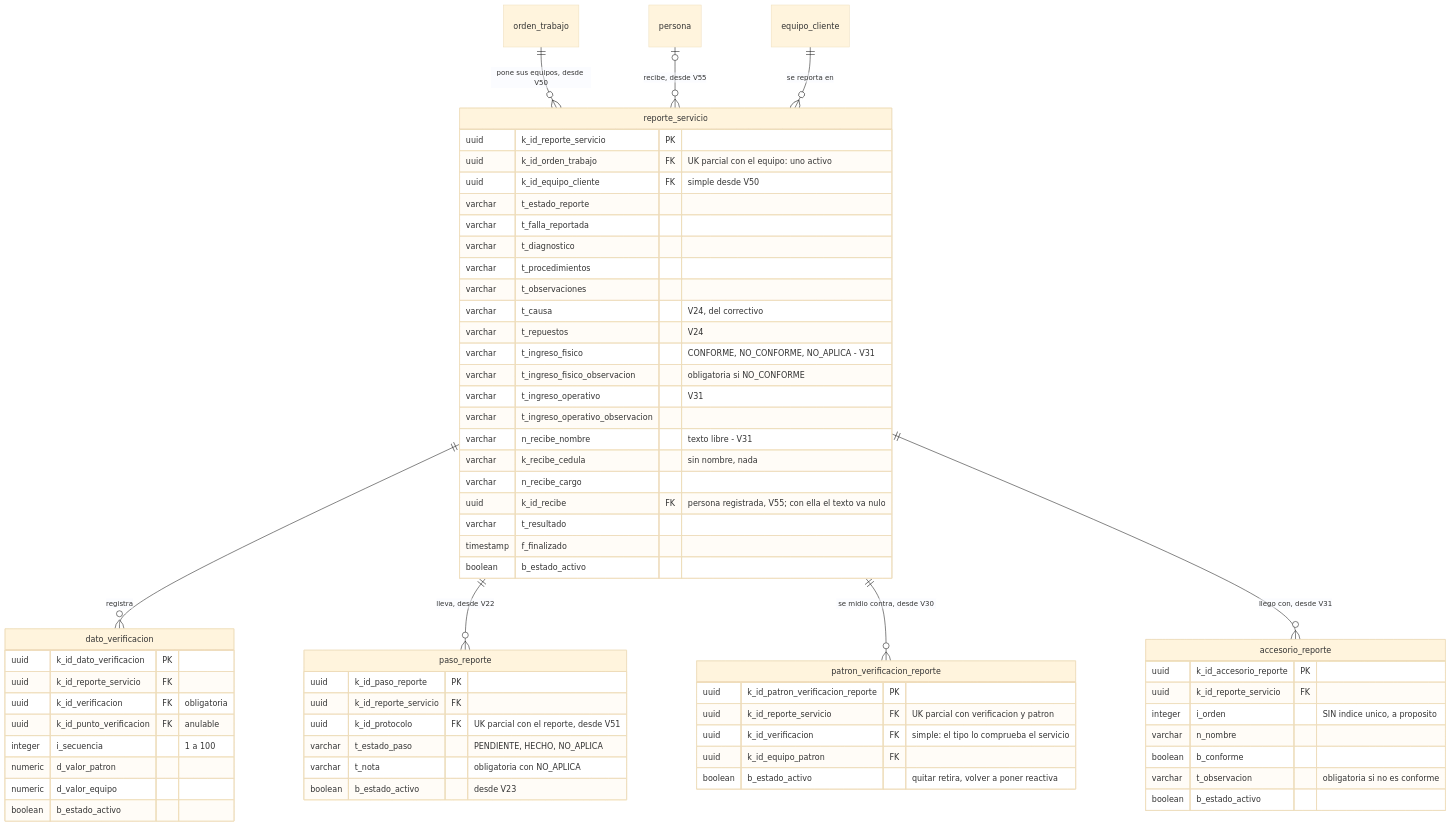
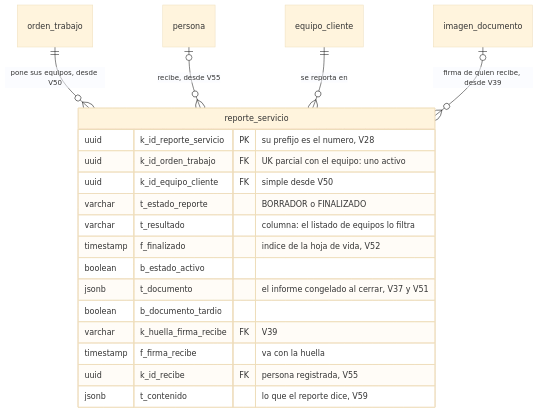
Diagram 12 of 12 in SecondBrain/wiki/base-de-datos/esquema-bd-malphasos.md (SeanBol222/MalphasOs), drawn with Mermaid (base theme) before and after one commit. The commit also changed other lines of this file and 5 other files, not shown here.

````diff
--- a/SecondBrain/wiki/base-de-datos/esquema-bd-malphasos.md
+++ b/SecondBrain/wiki/base-de-datos/esquema-bd-malphasos.md
@@ -765,67 +765,22 @@
 ```mermaid
 erDiagram
     orden_trabajo ||--o{ reporte_servicio : "pone sus equipos, desde V50"
     persona |o--o{ reporte_servicio : "recibe, desde V55"
     equipo_cliente ||--o{ reporte_servicio : "se reporta en"
-    reporte_servicio ||--o{ dato_verificacion : "registra"
-    reporte_servicio ||--o{ paso_reporte : "lleva, desde V22"
-    reporte_servicio ||--o{ patron_verificacion_reporte : "se midio contra, desde V30"
-    reporte_servicio ||--o{ accesorio_reporte : "llego con, desde V31"
-    patron_verificacion_reporte {
-        uuid k_id_patron_verificacion_reporte PK
-        uuid k_id_reporte_servicio FK "UK parcial con verificacion y patron"
-        uuid k_id_verificacion FK "simple: el tipo lo comprueba el servicio"
-        uuid k_id_equipo_patron FK
-        boolean b_estado_activo "quitar retira, volver a poner reactiva"
-    }
-    accesorio_reporte {
-        uuid k_id_accesorio_reporte PK
-        uuid k_id_reporte_servicio FK
-        integer i_orden "SIN indice unico, a proposito"
-        varchar n_nombre
-        boolean b_conforme
-        varchar t_observacion "obligatoria si no es conforme"
-        boolean b_estado_activo
-    }
-    paso_reporte {
-        uuid k_id_paso_reporte PK
-        uuid k_id_reporte_servicio FK
-        uuid k_id_protocolo FK "UK parcial con el reporte, desde V51"
-        varchar t_estado_paso "PENDIENTE, HECHO, NO_APLICA"
-        varchar t_nota "obligatoria con NO_APLICA"
-        boolean b_estado_activo "desde V23"
-    }
+    imagen_documento |o--o{ reporte_servicio : "firma de quien recibe, desde V39"
     reporte_servicio {
-        uuid k_id_reporte_servicio PK
+        uuid k_id_reporte_servicio PK "su prefijo es el numero, V28"
         uuid k_id_orden_trabajo FK "UK parcial con el equipo: uno activo"
         uuid k_id_equipo_cliente FK "simple desde V50"
-        varchar t_estado_reporte
-        varchar t_falla_reportada
-        varchar t_diagnostico
-        varchar t_procedimientos
-        varchar t_observaciones
-        varchar t_causa "V24, del correctivo"
-        varchar t_repuestos "V24"
-        varchar t_ingreso_fisico "CONFORME, NO_CONFORME, NO_APLICA - V31"
-        varchar t_ingreso_fisico_observacion "obligatoria si NO_CONFORME"
-        varchar t_ingreso_operativo "V31"
-        varchar t_ingreso_operativo_observacion
-        varchar n_recibe_nombre "texto libre - V31"
-        varchar k_recibe_cedula "sin nombre, nada"
-        varchar n_recibe_cargo
-        uuid k_id_recibe FK "persona registrada, V55; con ella el texto va nulo"
-        varchar t_resultado
-        timestamp f_finalizado
+        varchar t_estado_reporte "BORRADOR o FINALIZADO"
+        varchar t_resultado "columna: el listado de equipos lo filtra"
+        timestamp f_finalizado "indice de la hoja de vida, V52"
         boolean b_estado_activo
-    }
-    dato_verificacion {
-        uuid k_id_dato_verificacion PK
-        uuid k_id_reporte_servicio FK
-        uuid k_id_verificacion FK "obligatoria"
-        uuid k_id_punto_verificacion FK "anulable"
-        integer i_secuencia "1 a 100"
-        numeric d_valor_patron
-        numeric d_valor_equipo
-        boolean b_estado_activo
+        jsonb t_documento "el informe congelado al cerrar, V37 y V51"
+        boolean b_documento_tardio
+        varchar k_huella_firma_recibe FK "V39"
+        timestamp f_firma_recibe "va con la huella"
+        uuid k_id_recibe FK "persona registrada, V55"
+        jsonb t_contenido "lo que el reporte dice, V59"
     }
 ```
````
